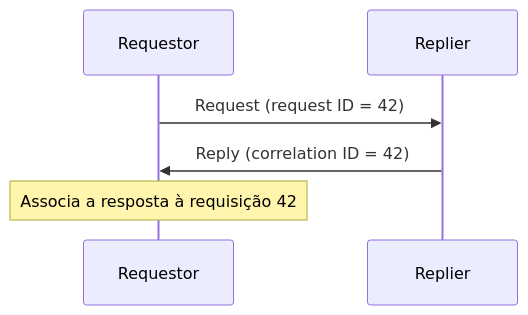
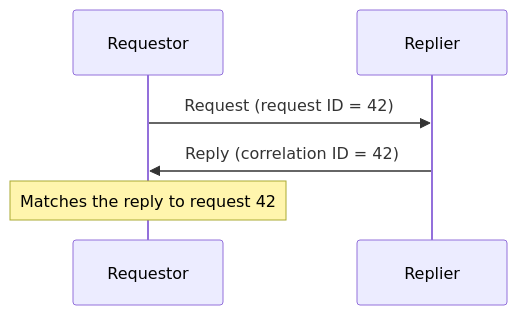
One commit to alancesar/design-patterns changed the diagram in docs/architecture/eip/message-construction/correlation-identifier.md. Above: the diagram before and after it, drawn with Mermaid. The commit also changed 258 other files, not shown here.

First line of the commit message:
Translate Mermaid diagrams to English

````diff
--- a/docs/architecture/eip/message-construction/correlation-identifier.md
+++ b/docs/architecture/eip/message-construction/correlation-identifier.md
@@ -50,8 +50,8 @@
 ```mermaid
 sequenceDiagram
     participant Req as Requestor
     participant Rep as Replier
     Req->>Rep: Request (request ID = 42)
     Rep->>Req: Reply (correlation ID = 42)
-    Note over Req: Associa a resposta à requisição 42
+    Note over Req: Matches the reply to request 42
 ```
````
